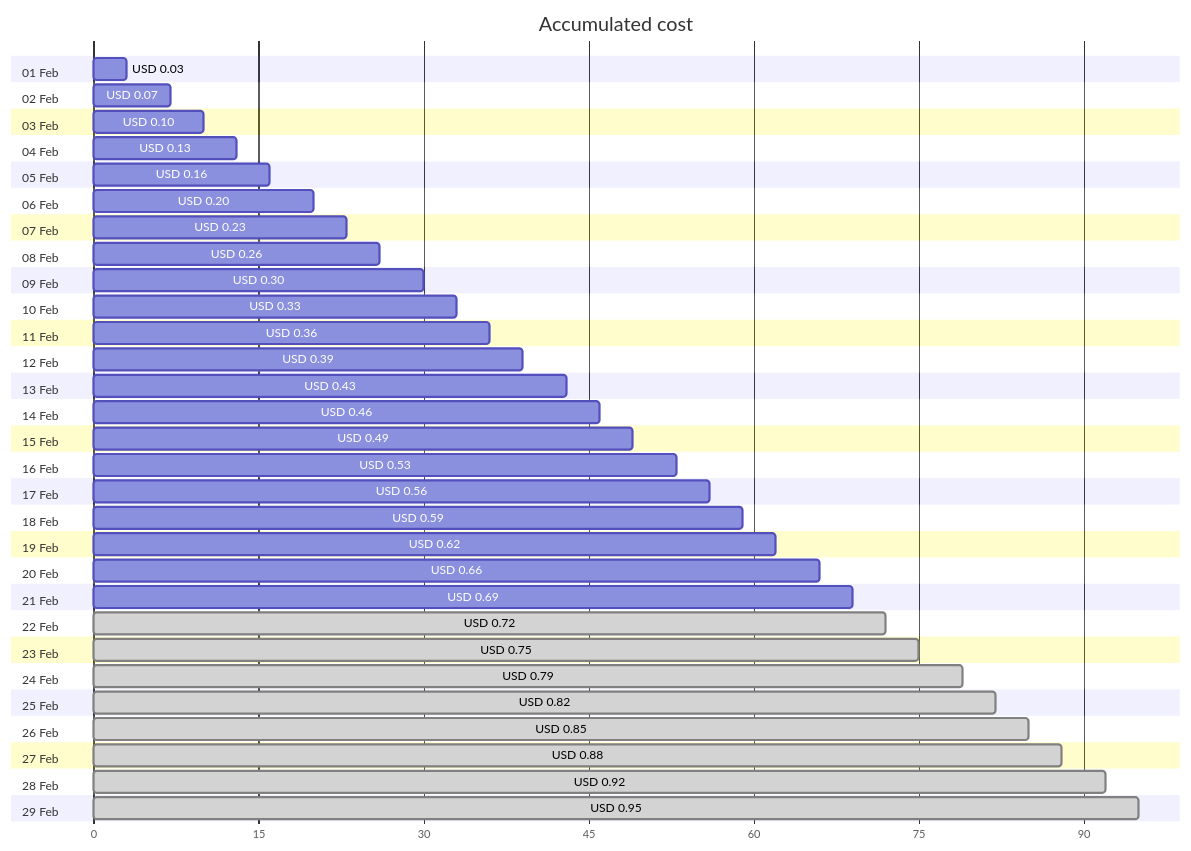
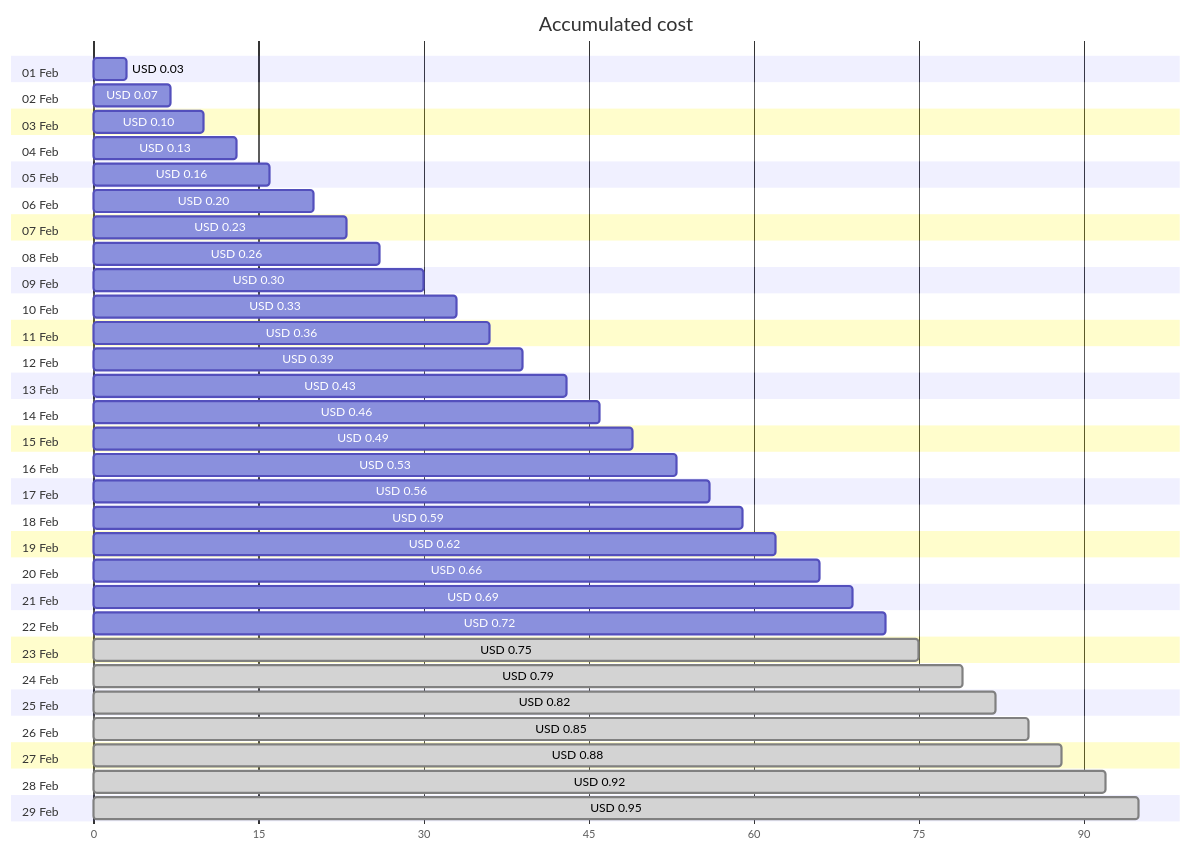
The first of 4 diagrams in cost-reports/personal-dns/README.md (jpfulton/azure-personal-reports), drawn with Mermaid before and after one commit. The commit also changed other lines of this file and 2 other files, not shown here.

````diff
--- a/cost-reports/personal-dns/README.md
+++ b/cost-reports/personal-dns/README.md
@@ -20,64 +20,64 @@
 ```mermaid
 gantt
    title Accumulated cost
    dateFormat  X
    axisFormat %s
    section 01 Feb
    USD 0.03 :0, 3
    section 02 Feb
    USD 0.07 :0, 7
    section 03 Feb
    USD 0.10 :0, 10
    section 04 Feb
    USD 0.13 :0, 13
    section 05 Feb
    USD 0.16 :0, 16
    section 06 Feb
    USD 0.20 :0, 20
    section 07 Feb
    USD 0.23 :0, 23
    section 08 Feb
    USD 0.26 :0, 26
    section 09 Feb
    USD 0.30 :0, 30
    section 10 Feb
    USD 0.33 :0, 33
    section 11 Feb
    USD 0.36 :0, 36
    section 12 Feb
    USD 0.39 :0, 39
    section 13 Feb
    USD 0.43 :0, 43
    section 14 Feb
    USD 0.46 :0, 46
    section 15 Feb
    USD 0.49 :0, 49
    section 16 Feb
    USD 0.53 :0, 53
    section 17 Feb
    USD 0.56 :0, 56
    section 18 Feb
    USD 0.59 :0, 59
    section 19 Feb
    USD 0.62 :0, 62
    section 20 Feb
    USD 0.66 :0, 66
    section 21 Feb
    USD 0.69 :0, 69
    section 22 Feb
-   USD 0.72 : done, 0, 72
+   USD 0.72 :0, 72
    section 23 Feb
    USD 0.75 : done, 0, 75
    section 24 Feb
    USD 0.79 : done, 0, 79
    section 25 Feb
    USD 0.82 : done, 0, 82
    section 26 Feb
    USD 0.85 : done, 0, 85
    section 27 Feb
    USD 0.88 : done, 0, 88
    section 28 Feb
    USD 0.92 : done, 0, 92
    section 29 Feb
    USD 0.95 : done, 0, 95
 ```
````
